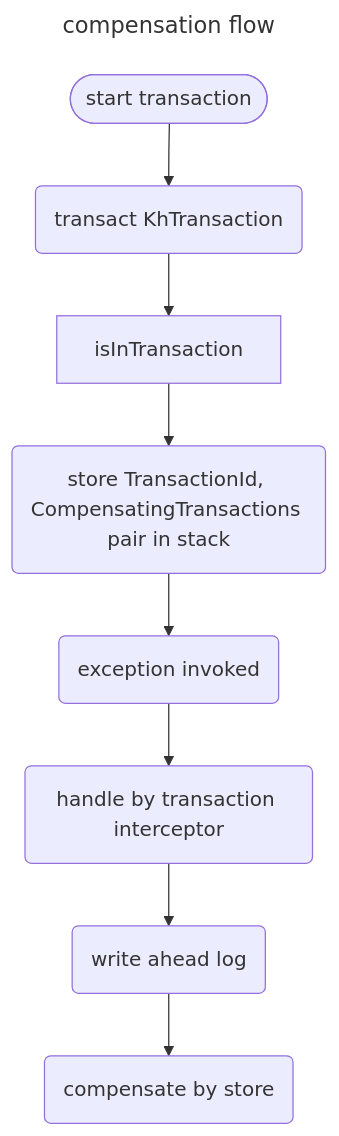
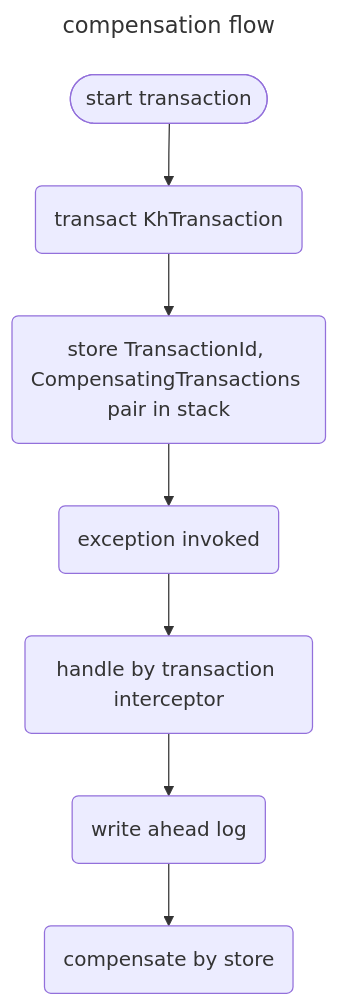
The second of 3 diagrams in README.md (keyhub-projects/distributed-transaction-kit), drawn with Mermaid before and after one commit. The commit also changed other lines of this file, not shown here.

Commit message:
flow 차트 수정

````diff
--- a/README.md
+++ b/README.md
@@ -99,14 +99,14 @@
 ```mermaid
 ---
 title: compensation flow
 ---
 flowchart
     start([start transaction])
     transaction(transact KhTransaction)
     storeTransactionId(store TransactionId, CompensatingTransactions pair in stack)
     exception(exception invoked)
     handleByInterceptor(handle by transaction interceptor)
     wal(write ahead log)
     compensateByStore(compensate by store)
-    start --> transaction --> isInTransaction --> storeTransactionId --> exception --> handleByInterceptor --> wal --> compensateByStore
+    start --> transaction --> storeTransactionId --> exception --> handleByInterceptor --> wal --> compensateByStore
 ```
````
